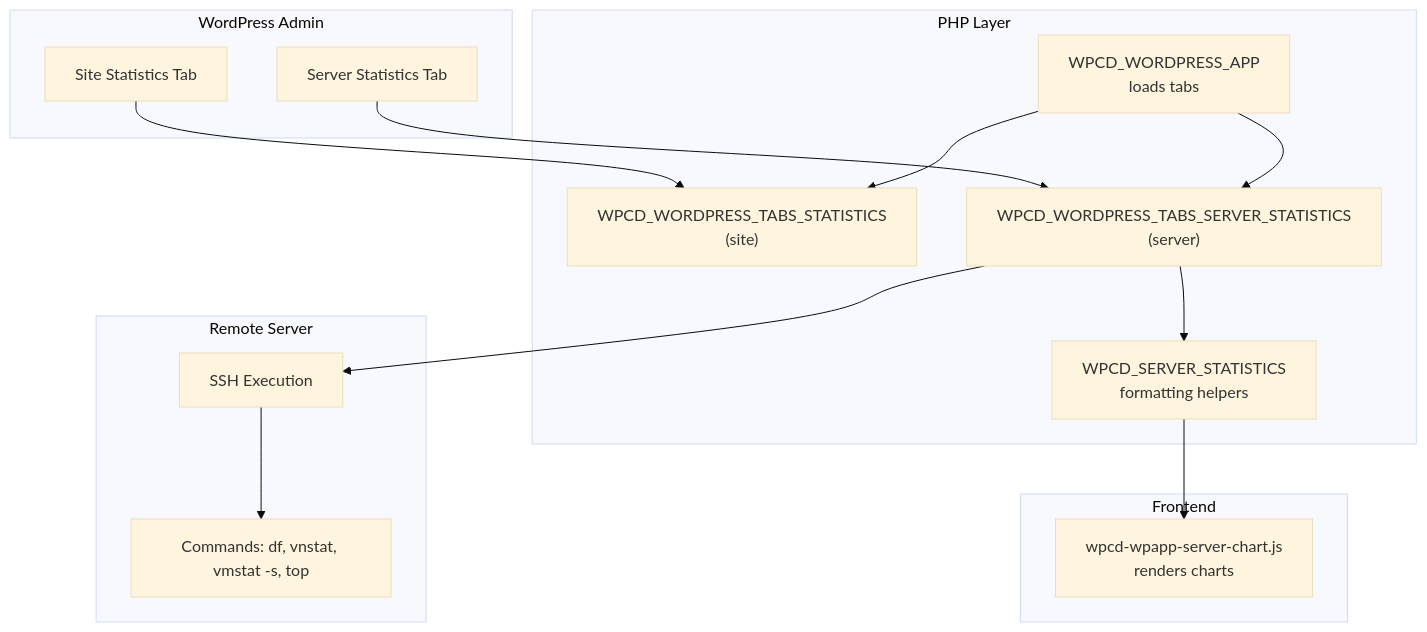
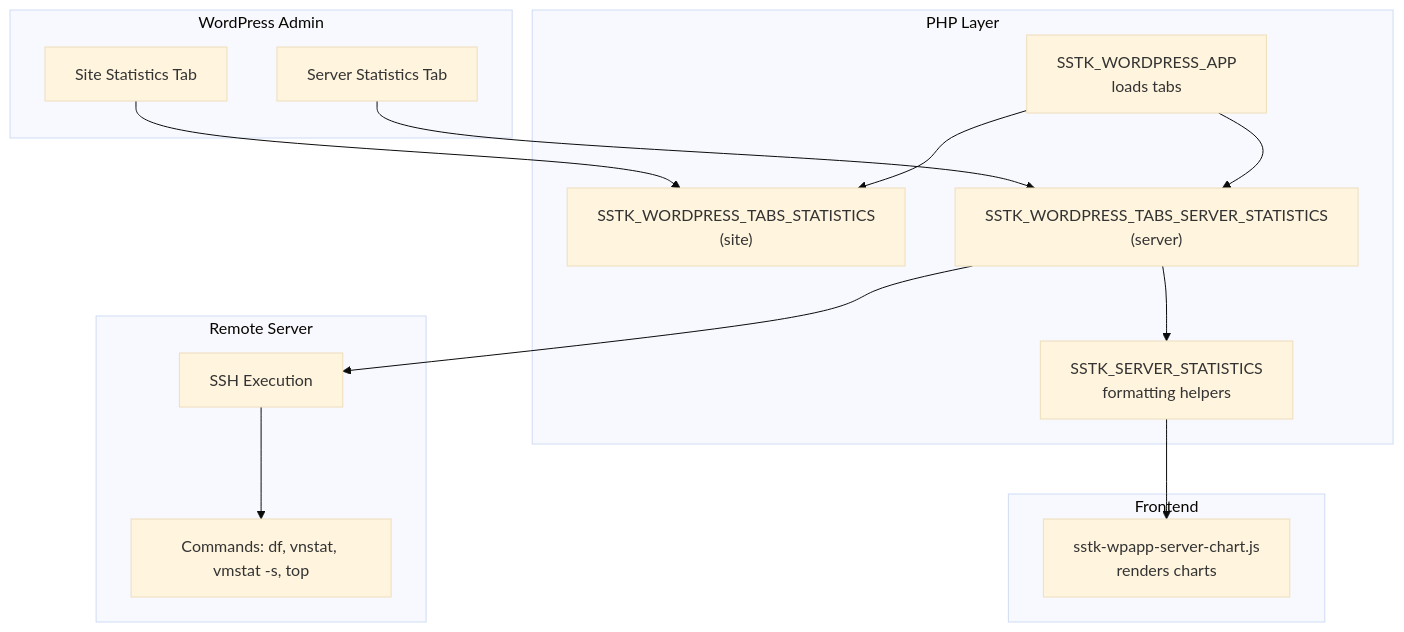
The first of 6 diagrams in .qoder/repowiki/en/content/Logging & Monitoring/System Monitoring & Metrics/Application Performance Metrics.md (onedogsolutions/simple-stack), drawn with Mermaid (base theme) before and after one commit. The commit also changed other lines of this file and 5941 other files, not shown here.

````diff
--- a/.qoder/repowiki/en/content/Logging & Monitoring/System Monitoring & Metrics/Application Performance Metrics.md
+++ b/.qoder/repowiki/en/content/Logging & Monitoring/System Monitoring & Metrics/Application Performance Metrics.md
@@ -43,28 +43,28 @@
 ```mermaid
 graph TB
 subgraph "WordPress Admin"
 SiteStats["Site Statistics Tab"]
 ServerStats["Server Statistics Tab"]
 end
 subgraph "PHP Layer"
-WPApp["WPCD_WORDPRESS_APP<br/>loads tabs"]
-SiteTab["WPCD_WORDPRESS_TABS_STATISTICS<br/>(site)"]
-SrvTab["WPCD_WORDPRESS_TABS_SERVER_STATISTICS<br/>(server)"]
-StatsFmt["WPCD_SERVER_STATISTICS<br/>formatting helpers"]
+WPApp["SSTK_WORDPRESS_APP<br/>loads tabs"]
+SiteTab["SSTK_WORDPRESS_TABS_STATISTICS<br/>(site)"]
+SrvTab["SSTK_WORDPRESS_TABS_SERVER_STATISTICS<br/>(server)"]
+StatsFmt["SSTK_SERVER_STATISTICS<br/>formatting helpers"]
 end
 subgraph "Remote Server"
 SSH["SSH Execution"]
 Cmds["Commands: df, vnstat, vmstat -s, top"]
 end
 subgraph "Frontend"
-JSChart["wpcd-wpapp-server-chart.js<br/>renders charts"]
+JSChart["sstk-wpapp-server-chart.js<br/>renders charts"]
 end
 SiteStats --> SiteTab
 ServerStats --> SrvTab
 WPApp --> SiteTab
 WPApp --> SrvTab
 SrvTab --> SSH
 SSH --> Cmds
 SrvTab --> StatsFmt
 StatsFmt --> JSChart
 ```
````
